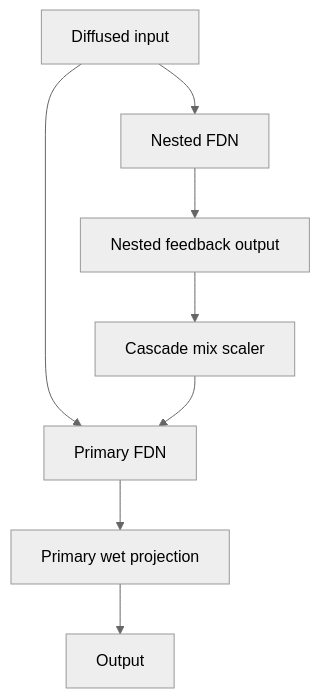
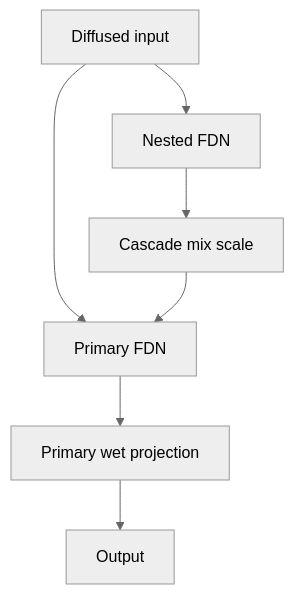
Before and after one commit to TheColby/verbx: the tenth of 15 diagrams in README.md, drawn with Mermaid (neutral theme). The commit also changed other lines of this file, not shown here.

Commit message:
docs: improve FDN diagrams and add detailed DSP flow section

````diff
--- a/README.md
+++ b/README.md
@@ -1551,10 +1557,9 @@
 ```mermaid
 flowchart TD
-  A["Diffused input"] --> B["Primary FDN"]
-  A --> C["Nested FDN"]
-  C --> D["Nested feedback output"]
-  D --> E["Cascade mix scaler"]
-  E --> B
-  B --> F["Primary wet projection"]
-  F --> G["Output"]
+  DIN["Diffused input"] --> PFDN["Primary FDN"]
+  DIN --> NFDN["Nested FDN"]
+  NFDN --> NMIX["Cascade mix scale"]
+  NMIX --> PFDN
+  PFDN --> WETP["Primary wet projection"]
+  WETP --> OUT["Output"]
 ```
````
